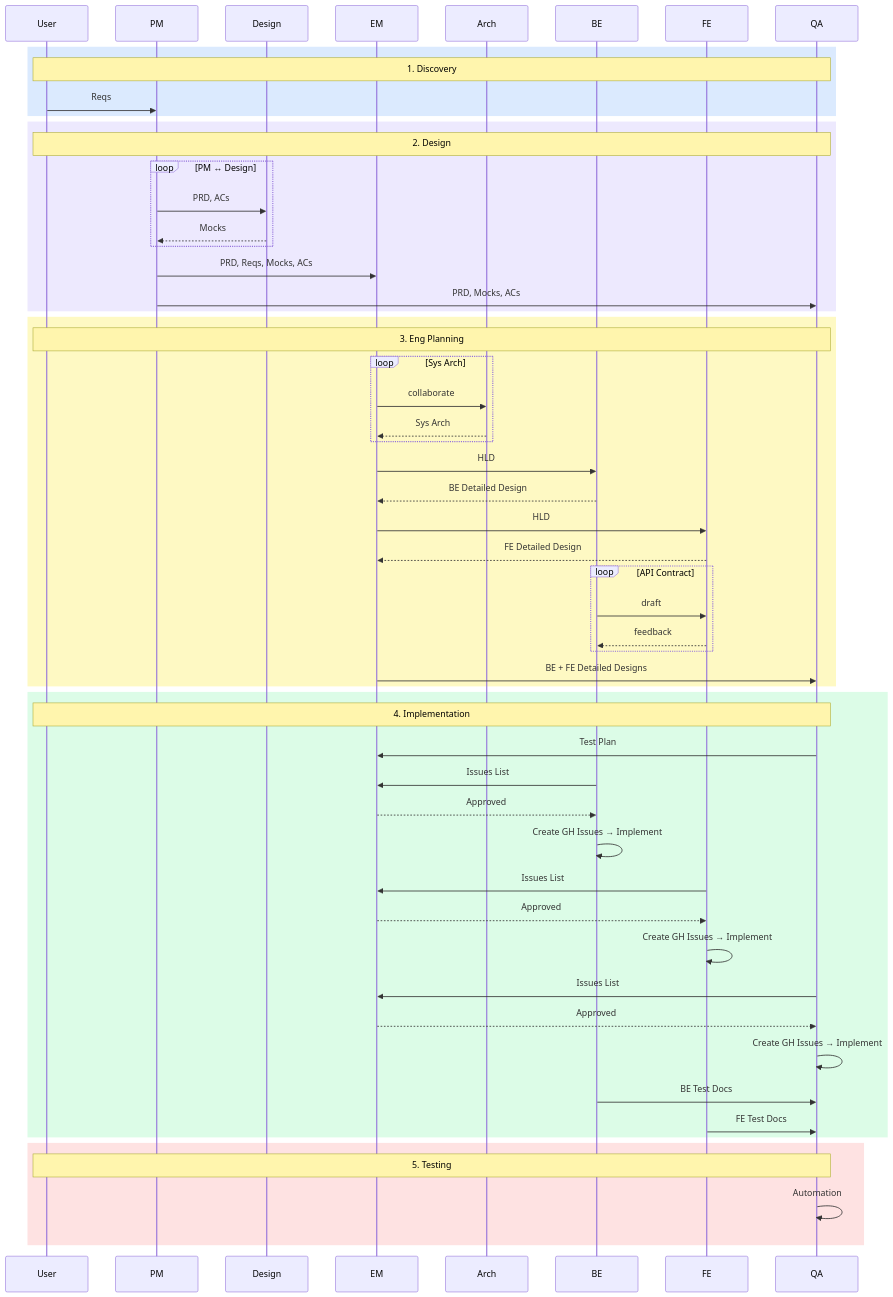
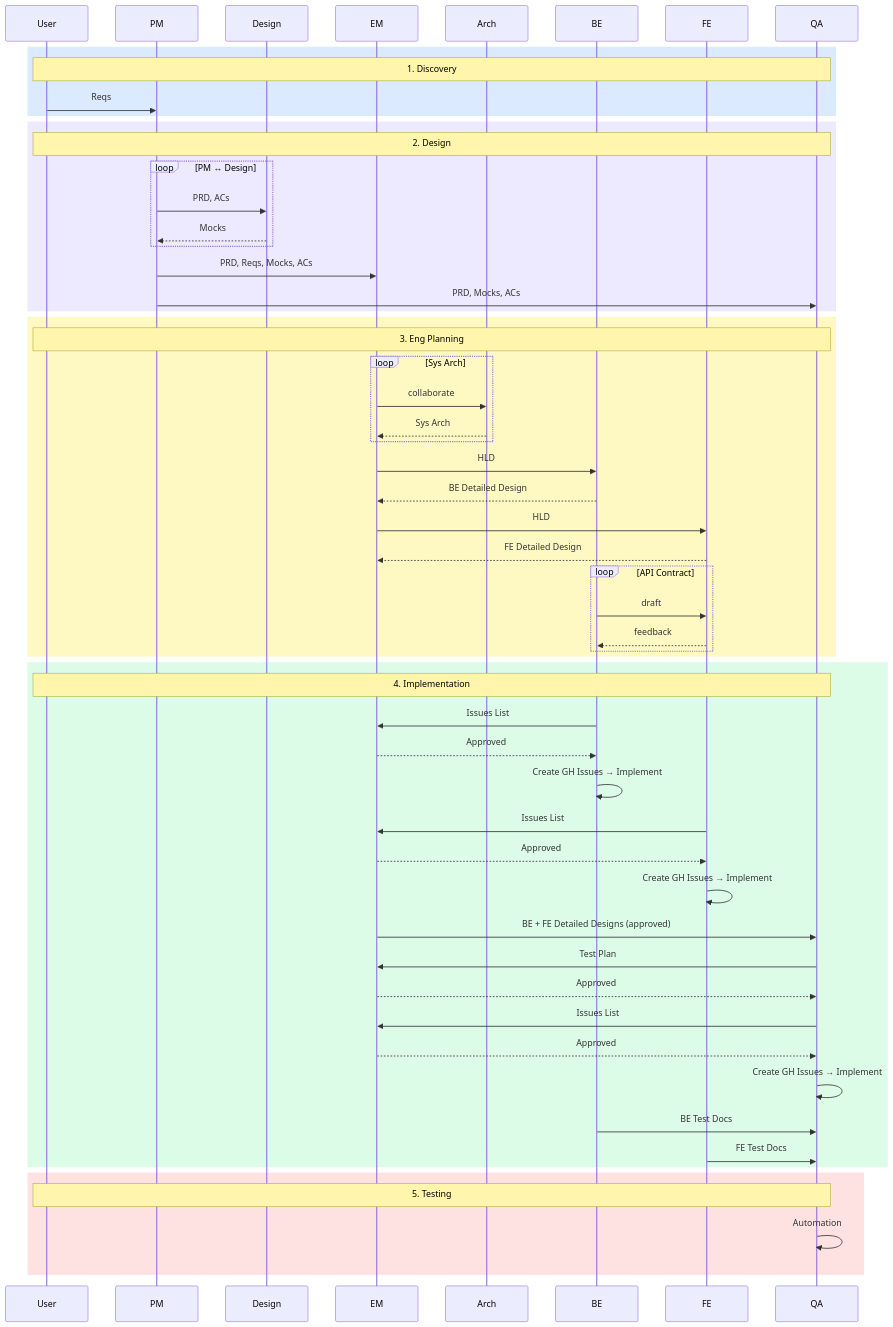
Before and after one commit to sans-github/agents: the third of 3 diagrams in README.md, drawn with Mermaid.

Commit message:
reorder sequence diagram: show EM->QA trigger before QA test plan in impl phase

````diff
--- a/README.md
+++ b/README.md
@@ -136,60 +136,61 @@
 ```mermaid
 sequenceDiagram
     participant User
     participant PM
     participant Design
     participant EM
     participant Arch
     participant BE
     participant FE
     participant QA
 
     rect rgb(219, 234, 254)
         Note over User,QA: 1. Discovery
         User->>PM: Reqs
     end
     rect rgb(237, 233, 254)
         Note over User,QA: 2. Design
         loop PM ↔ Design
             PM->>Design: PRD, ACs
             Design-->>PM: Mocks
         end
         PM->>EM: PRD, Reqs, Mocks, ACs
         PM->>QA: PRD, Mocks, ACs
     end
     rect rgb(254, 249, 195)
         Note over User,QA: 3. Eng Planning
         loop Sys Arch
             EM->>Arch: collaborate
             Arch-->>EM: Sys Arch
         end
         EM->>BE: HLD
         BE-->>EM: BE Detailed Design
         EM->>FE: HLD
         FE-->>EM: FE Detailed Design
         loop API Contract
             BE->>FE: draft
             FE-->>BE: feedback
         end
-        EM->>QA: BE + FE Detailed Designs
     end
     rect rgb(220, 252, 231)
         Note over User,QA: 4. Implementation
-        QA->>EM: Test Plan
         BE->>EM: Issues List
         EM-->>BE: Approved
         BE->>BE: Create GH Issues → Implement
         FE->>EM: Issues List
         EM-->>FE: Approved
         FE->>FE: Create GH Issues → Implement
+        EM->>QA: BE + FE Detailed Designs (approved)
+        QA->>EM: Test Plan
+        EM-->>QA: Approved
         QA->>EM: Issues List
         EM-->>QA: Approved
         QA->>QA: Create GH Issues → Implement
         BE->>QA: BE Test Docs
         FE->>QA: FE Test Docs
     end
     rect rgb(254, 226, 226)
         Note over User,QA: 5. Testing
         QA->>QA: Automation
     end
 ```
````
